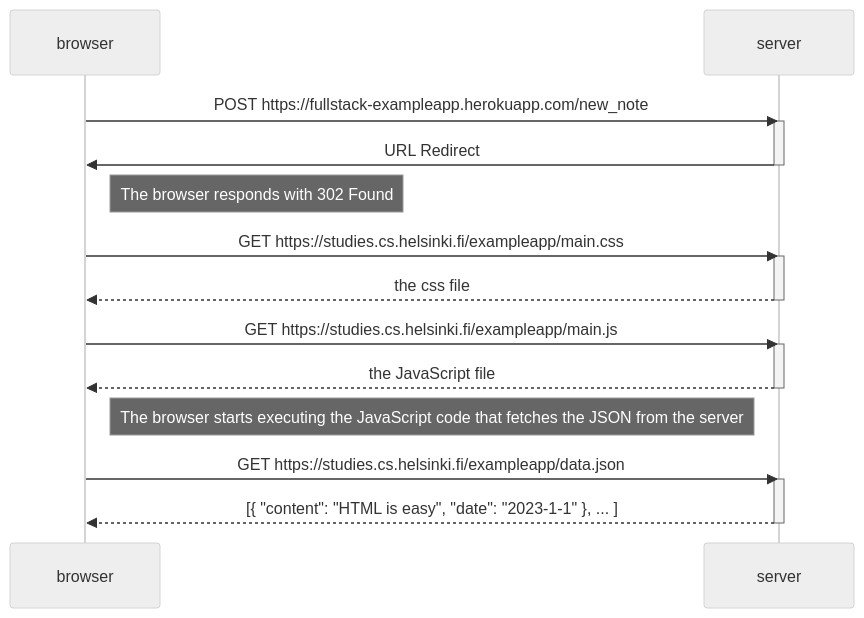
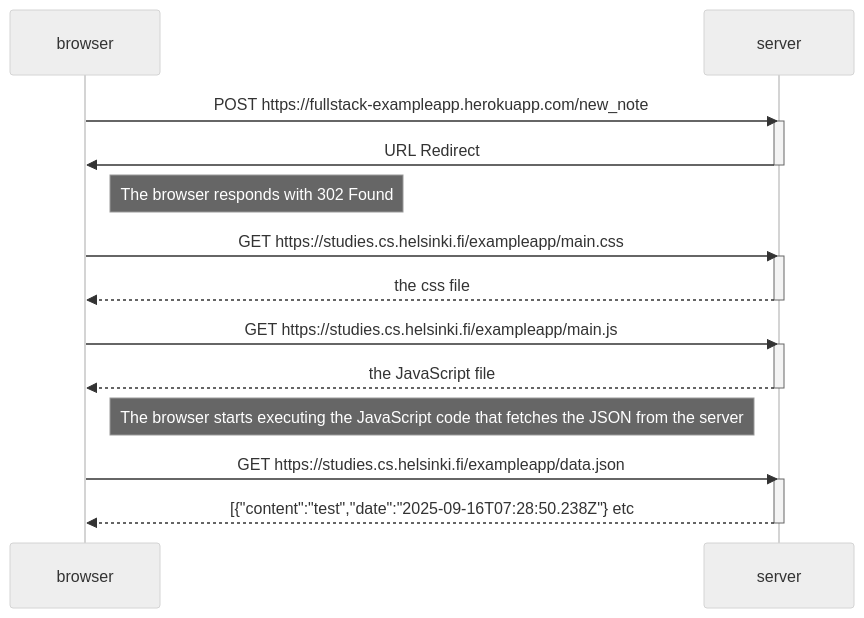
Before and after one commit to jamesz3ng/fullstackopen: the diagram in part0/0_4_new_note_diagram.md, drawn with Mermaid (neutral theme). The commit also changed 1 other file, not shown here.

Commit message:
resolve merge conflict

````diff
--- a/part0/0_4_new_note_diagram.md
+++ b/part0/0_4_new_note_diagram.md
@@ -1,36 +1,33 @@
 ```mermaid
 sequenceDiagram
 
 	participant browser 
     participant server
 
     browser->>server: POST https://fullstack-exampleapp.herokuapp.com/new_note
     activate server
 
     server->>browser: URL Redirect
     deactivate server
     Note right of browser: The browser responds with 302 Found
 
     browser->>server: GET https://studies.cs.helsinki.fi/exampleapp/main.css
     activate server
     server-->>browser: the css file
 
     deactivate server
 
     browser->>server: GET https://studies.cs.helsinki.fi/exampleapp/main.js
     activate server
     server-->>browser: the JavaScript file
 
 
     deactivate server
 
     Note right of browser: The browser starts executing the JavaScript code that fetches the JSON from the server
 
     browser->>server: GET https://studies.cs.helsinki.fi/exampleapp/data.json
     activate server
-    server-->>browser: [{ "content": "HTML is easy", "date": "2023-1-1" }, ... ]
-
-
-
+    server-->>browser: [{"content":"test","date":"2025-09-16T07:28:50.238Z"} etc
     deactivate server
 ```
````
